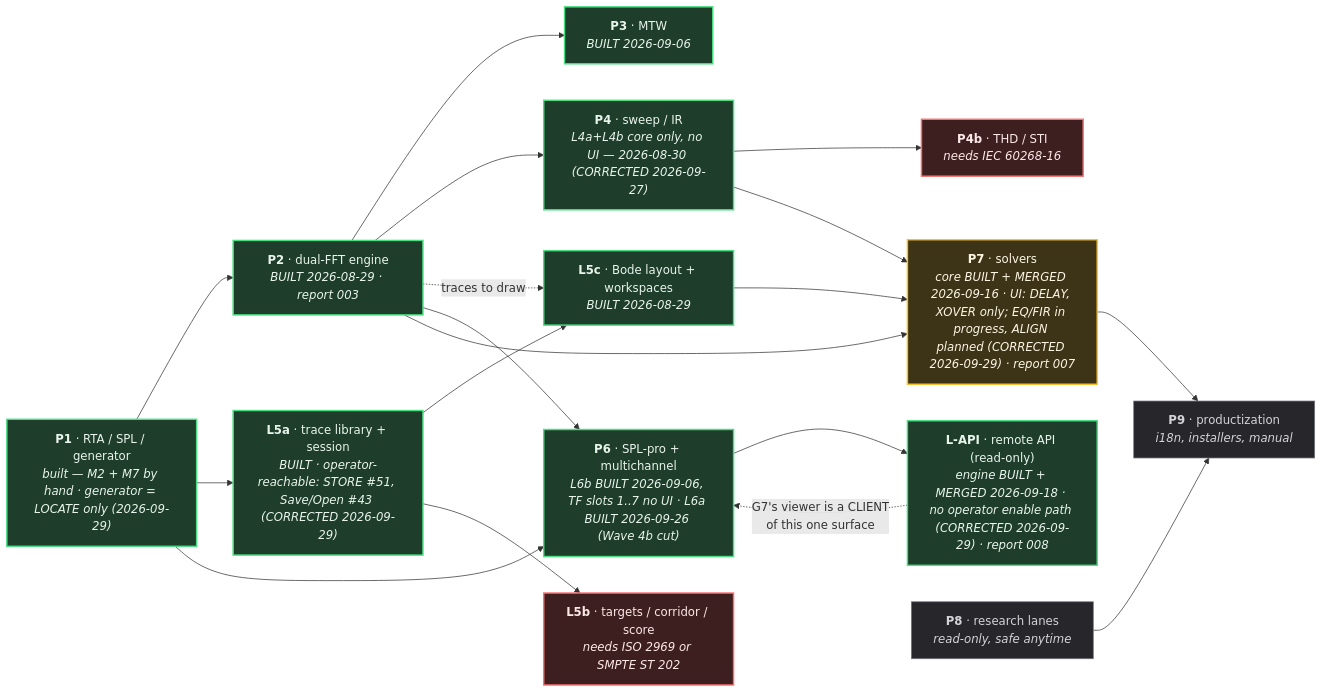
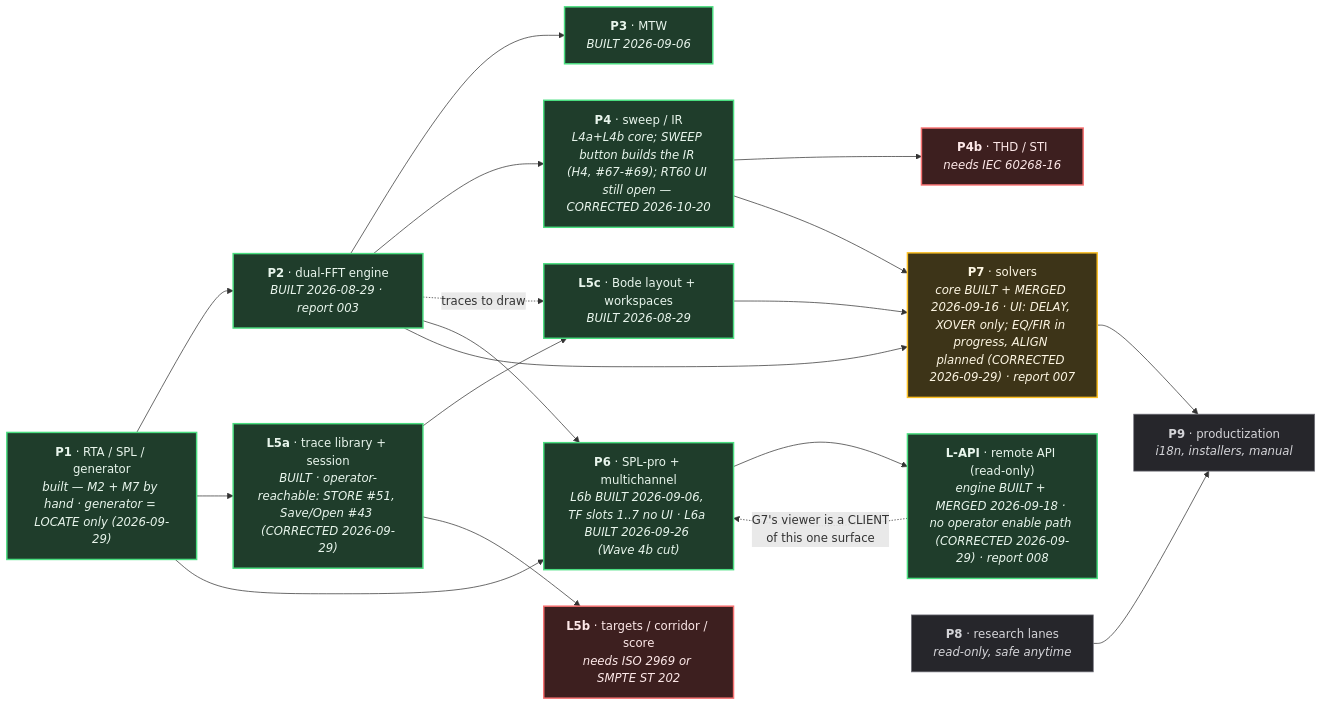
One commit to toanaz-ops/rta-tool changed the diagram in docs/plans/MASTER-EXECUTION-PLAN.md. Above: the diagram before and after it, drawn with Mermaid. The commit also changed other lines of this file and 9 other files, not shown here.

````diff
--- a/docs/plans/MASTER-EXECUTION-PLAN.md
+++ b/docs/plans/MASTER-EXECUTION-PLAN.md
@@ -451,41 +481,41 @@
 ```mermaid
 graph LR
     P1["<b>P1</b> · RTA / SPL / generator<br/><i>built — M2 + M7 by hand · generator = LOCATE only (2026-09-29)</i>"]
     P2["<b>P2</b> · dual-FFT engine<br/><i>BUILT 2026-08-29 · report 003</i>"]
     P3["<b>P3</b> · MTW<br/><i>BUILT 2026-09-06</i>"]
-    P4["<b>P4</b> · sweep / IR<br/><i>L4a+L4b core only, no UI — 2026-08-30 (CORRECTED 2026-09-27)</i>"]
+    P4["<b>P4</b> · sweep / IR<br/><i>L4a+L4b core; SWEEP button builds the IR (H4, #67-#69); RT60 UI still open — CORRECTED 2026-10-20</i>"]
     P4b["<b>P4b</b> · THD / STI<br/><i>needs IEC 60268-16</i>"]
     L5a["<b>L5a</b> · trace library + session<br/><i>BUILT · operator-reachable: STORE #51, Save/Open #43 (CORRECTED 2026-09-29)</i>"]
     L5b["<b>L5b</b> · targets / corridor / score<br/><i>needs ISO 2969 or SMPTE ST 202</i>"]
     L5c["<b>L5c</b> · Bode layout + workspaces<br/><i>BUILT 2026-08-29</i>"]
     P6["<b>P6</b> · SPL-pro + multichannel<br/><i>L6b BUILT 2026-09-06, TF slots 1..7 no UI · L6a BUILT 2026-09-26 (Wave 4b cut)</i>"]
     LAPI["<b>L-API</b> · remote API (read-only)<br/><i>engine BUILT + MERGED 2026-09-18 · no operator enable path (CORRECTED 2026-09-29) · report 008</i>"]
     P7["<b>P7</b> · solvers<br/><i>core BUILT + MERGED 2026-09-16 · UI: DELAY, XOVER only; EQ/FIR in progress, ALIGN planned (CORRECTED 2026-09-29) · report 007</i>"]
     P8["<b>P8</b> · research lanes<br/><i>read-only, safe anytime</i>"]
     P9["<b>P9</b> · productization<br/><i>i18n, installers, manual</i>"]
 
     P1 --> P2 --> P3
     P2 --> P4 --> P4b
     P1 --> L5a --> L5c
     L5a --> L5b
     P2 -.->|"traces to draw"| L5c
     P1 --> P6
     P2 --> P6
     P6 --> LAPI
     LAPI -.->|"G7's viewer is a CLIENT<br/>of this one surface"| P6
     P2 --> P7
     P4 --> P7
     L5c --> P7
     P7 --> P9
     P8 --> P9
 
     classDef done fill:#1f3d2b,stroke:#4ade80,stroke-width:2px,color:#e8f5ec
     classDef next fill:#3d3418,stroke:#fbbf24,stroke-width:2px,color:#fdf6e3
     classDef blocked fill:#3d1f1f,stroke:#f87171,stroke-width:2px,color:#fde8e8
     classDef later fill:#26262b,stroke:#71717a,stroke-width:1px,color:#d4d4d8
 
     class P1,P2,P3,P4,L5a,L5c,LAPI,P6 done
     class P7 next
     class L5b,P4b blocked
     class P8,P9 later
 ```
````
